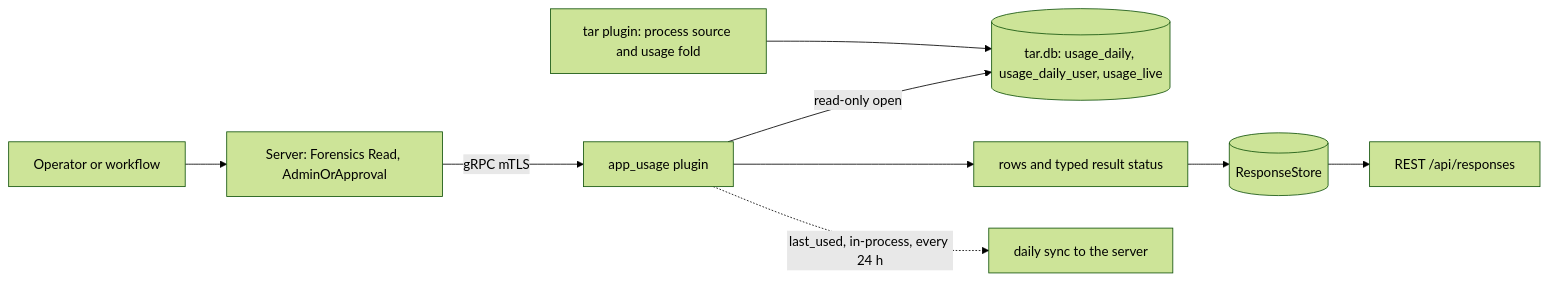
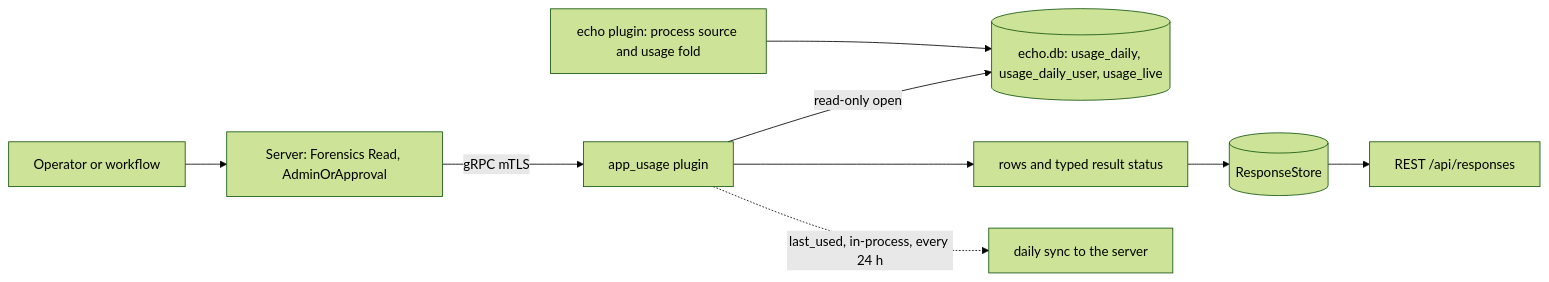
Before and after one commit to DevNullLtd/Yuzu: the first of 3 diagrams in agents/plugins/app_usage/README.md, drawn with Mermaid (forest theme). The commit also changed other lines of this file and 853 other files, not shown here.

Commit message:
Rename TAR to Echo: scripted repo-wide rename (scripts/rename-tar-to-echo.py) and its applied result

````diff
--- a/agents/plugins/app_usage/README.md
+++ b/agents/plugins/app_usage/README.md
@@ -25,10 +25,10 @@
 ```mermaid
 flowchart LR
   OP["Operator or workflow"] --> SRV["Server: Forensics Read, AdminOrApproval"]
   SRV -->|"gRPC mTLS"| EX["app_usage plugin"]
-  TAR["tar plugin: process source and usage fold"] --> DB[("tar.db: usage_daily, usage_daily_user, usage_live")]
+  Echo["echo plugin: process source and usage fold"] --> DB[("echo.db: usage_daily, usage_daily_user, usage_live")]
   EX -->|"read-only open"| DB
   EX --> ROWS["rows and typed result status"]
   ROWS --> RS[("ResponseStore")] --> API["REST /api/responses"]
   EX -.->|"last_used, in-process, every 24 h"| SYNC["daily sync to the server"]
 ```
````
